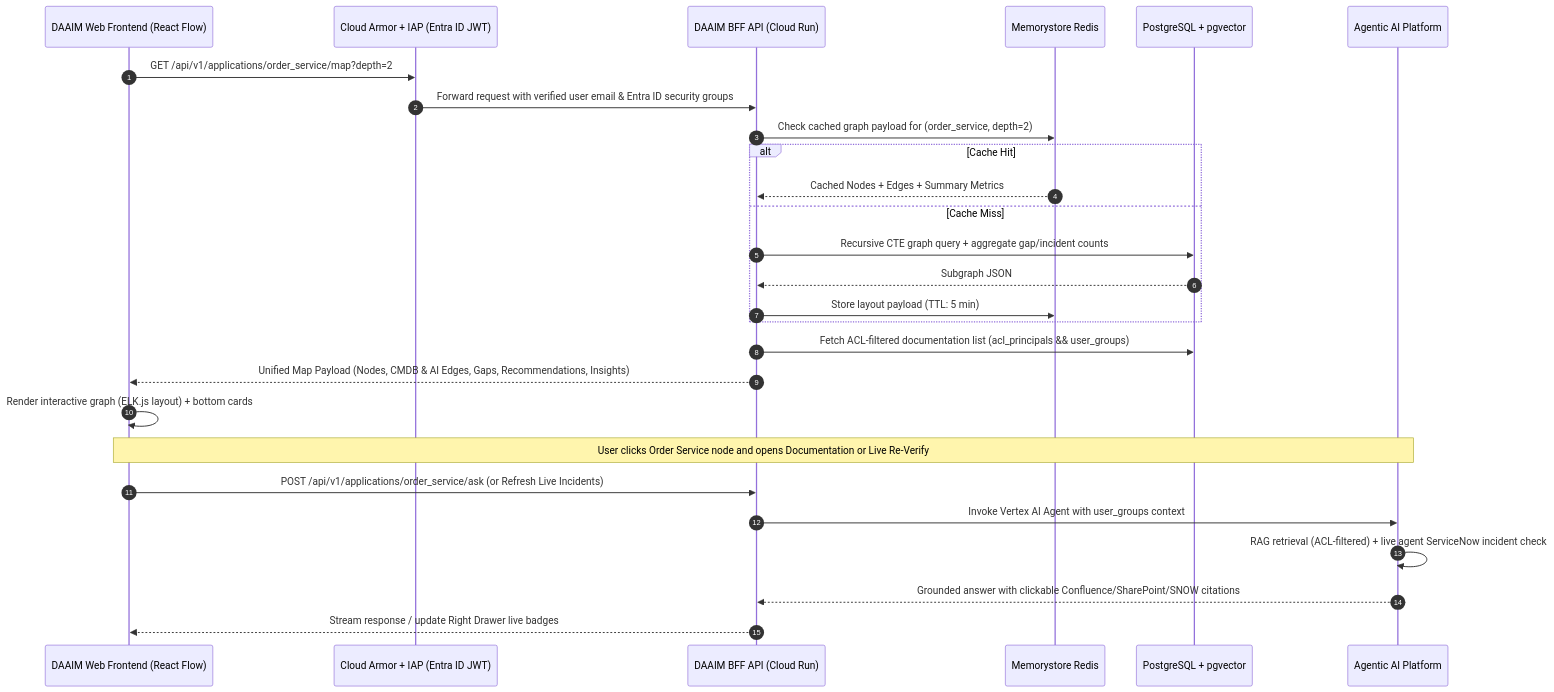
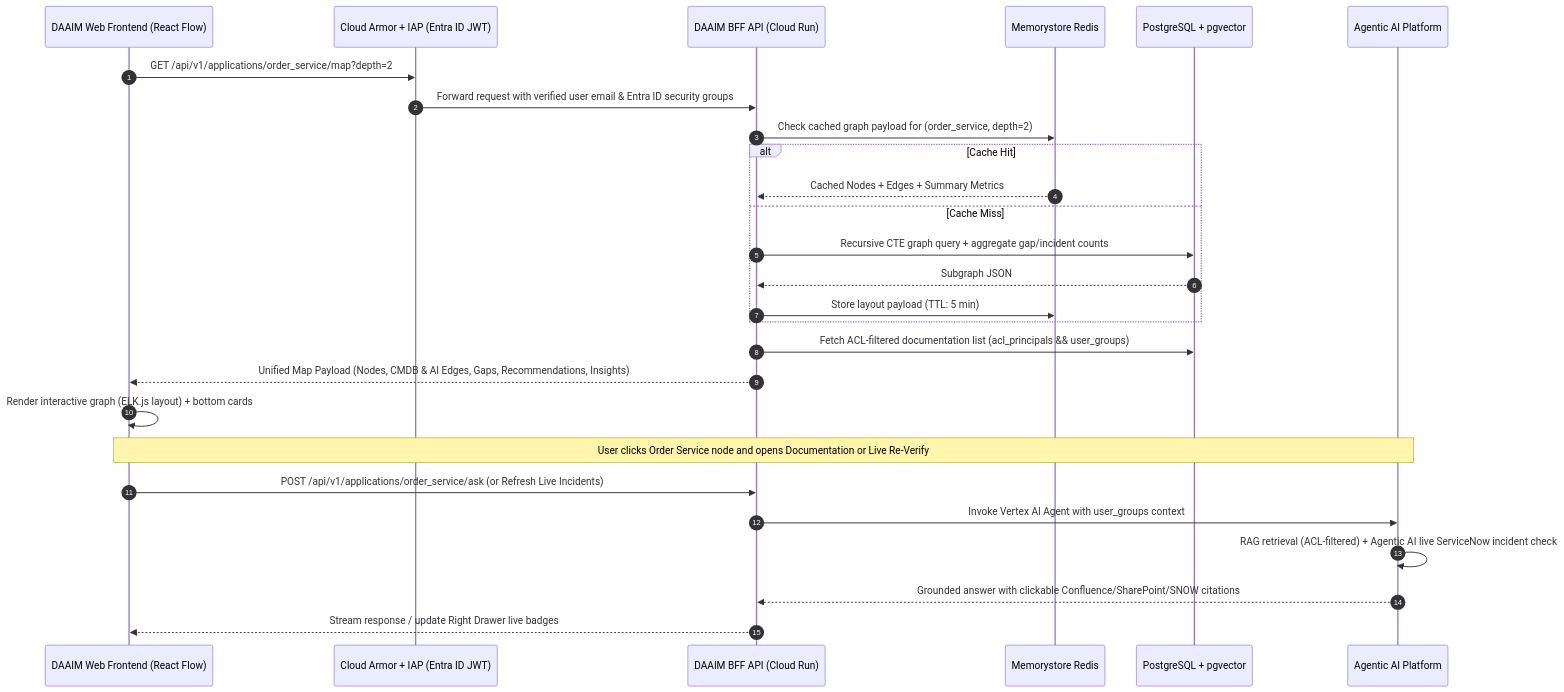
Before and after one commit to ScrappyBeard/DAAIM: the sixth of 9 diagrams in docs/daaim_architecture_design_doc.md, drawn with Mermaid. The commit also changed other lines of this file and 2 other files, not shown here.

````diff
--- a/docs/daaim_architecture_design_doc.md
+++ b/docs/daaim_architecture_design_doc.md
@@ -356,31 +356,31 @@
 ```mermaid
 sequenceDiagram
     autonumber
     participant UI as DAAIM Web Frontend (React Flow)
     participant IAP as Cloud Armor + IAP (Entra ID JWT)
     participant BFF as DAAIM BFF API (Cloud Run)
     participant REDIS as Memorystore Redis
     participant DB as PostgreSQL + pgvector
     participant AGENT as Agentic AI Platform
 
     UI->>IAP: GET /api/v1/applications/order_service/map?depth=2
     IAP->>BFF: Forward request with verified user email & Entra ID security groups
     BFF->>REDIS: Check cached graph payload for (order_service, depth=2)
     alt Cache Hit
         REDIS-->>BFF: Cached Nodes + Edges + Summary Metrics
     else Cache Miss
         BFF->>DB: Recursive CTE graph query + aggregate gap/incident counts
         DB-->>BFF: Subgraph JSON
         BFF->>REDIS: Store layout payload (TTL: 5 min)
     end
     BFF->>DB: Fetch ACL-filtered documentation list (acl_principals && user_groups)
     BFF-->>UI: Unified Map Payload (Nodes, CMDB & AI Edges, Gaps, Recommendations, Insights)
     UI->>UI: Render interactive graph (ELK.js layout) + bottom cards
 
     Note over UI,AGENT: User clicks Order Service node and opens Documentation or Live Re-Verify
     UI->>BFF: POST /api/v1/applications/order_service/ask (or Refresh Live Incidents)
     BFF->>AGENT: Invoke Vertex AI Agent with user_groups context
-    AGENT->>AGENT: RAG retrieval (ACL-filtered) + live agent ServiceNow incident check
+    AGENT->>AGENT: RAG retrieval (ACL-filtered) + Agentic AI live ServiceNow incident check
     AGENT-->>BFF: Grounded answer with clickable Confluence/SharePoint/SNOW citations
     BFF-->>UI: Stream response / update Right Drawer live badges
 ```
````
